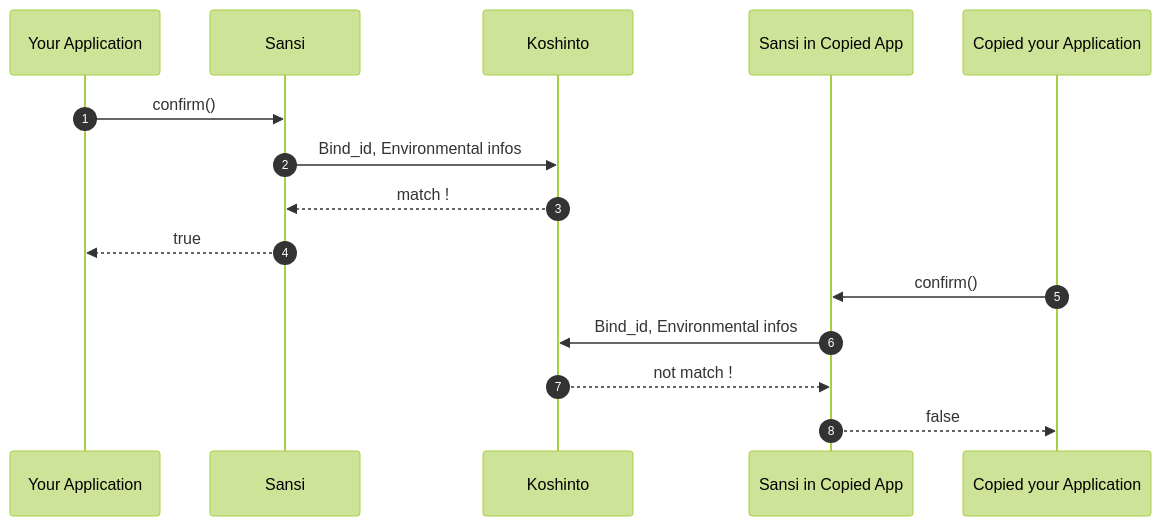
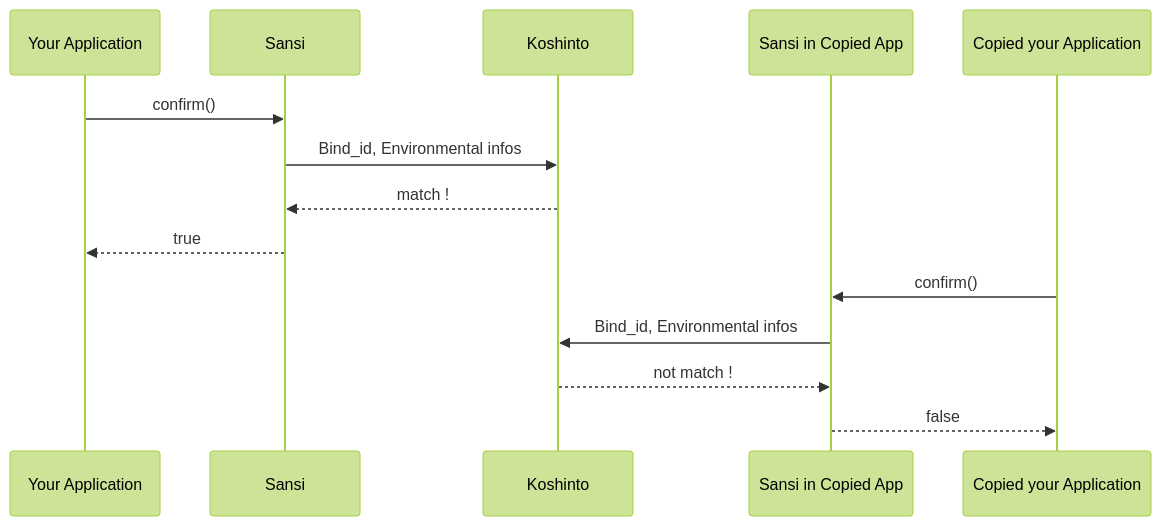
The diagram in README.md (UedaTakeyuki/sansi_examples), drawn with Mermaid (forest theme) before and after one commit.

````diff
--- a/README.md
+++ b/README.md
@@ -10,20 +10,18 @@
 ```mermaid
 sequenceDiagram;
-autonumber
-
 participant Your Application
 participant Sansi
 participant Koshinto
 participant Sansi in Copied App
 participant Copied your Application
 
 Your Application->>Sansi: confirm()
 Sansi->>Koshinto: Bind_id, Environmental infos
 Koshinto-->>Sansi: match !
 Sansi-->>Your Application: true
 
 Copied your Application->>Sansi in Copied App: confirm()
 Sansi in Copied App->>Koshinto: Bind_id, Environmental infos
 Koshinto-->>Sansi in Copied App: not match !
 Sansi in Copied App-->>Copied your Application: false
 ```
````
